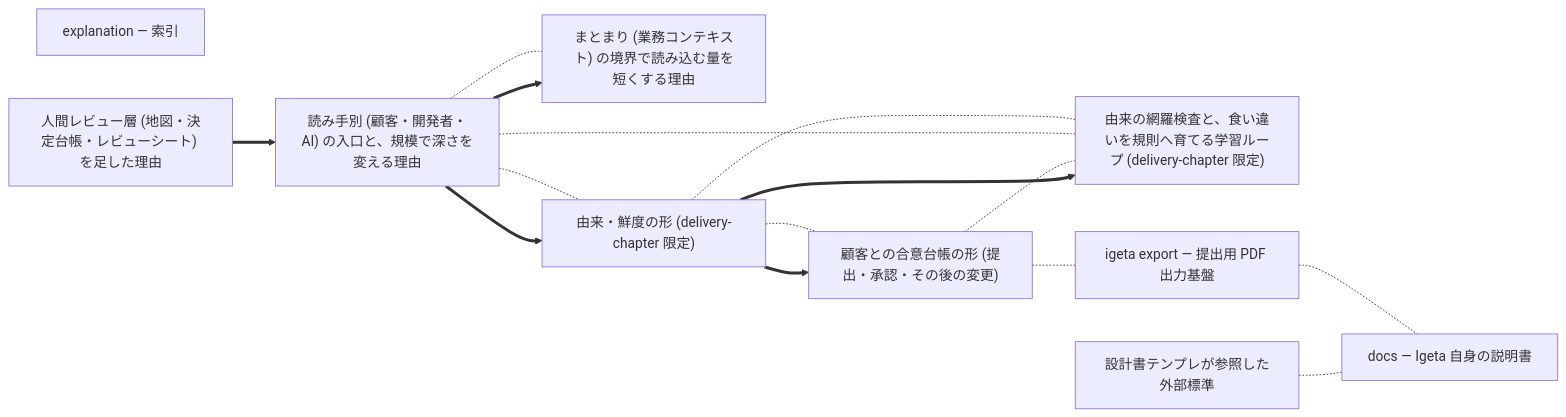
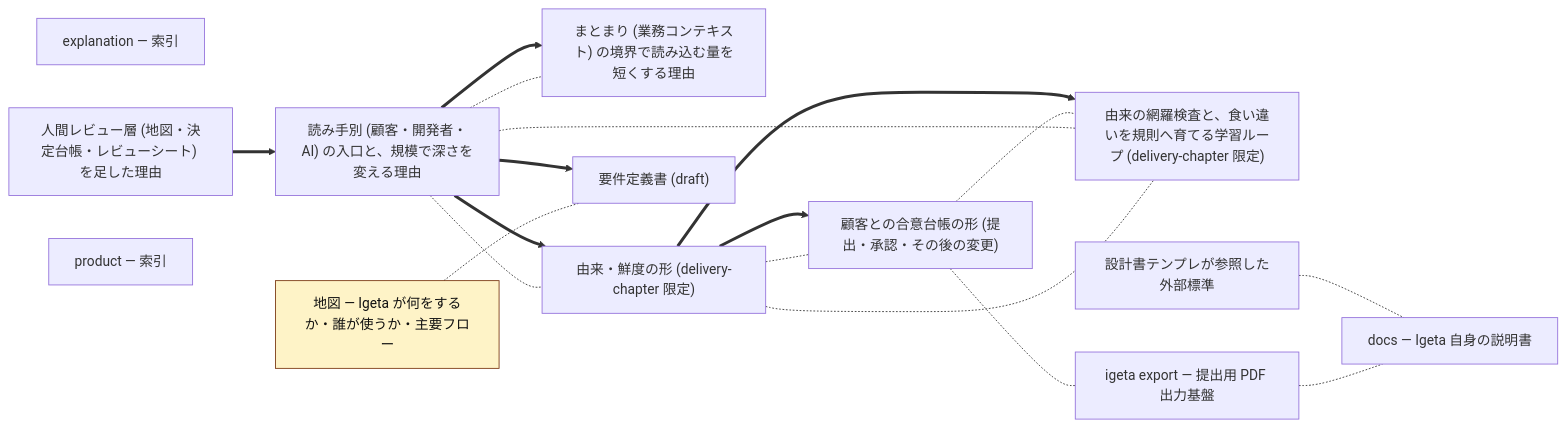
The diagram in docs/dependencies.md (SakakitaniJunya/Igeta), drawn with Mermaid before and after one commit. The commit also changed other lines of this file and 15 other files, not shown here.

````diff
--- a/docs/dependencies.md
+++ b/docs/dependencies.md
@@ -12,48 +12,56 @@
 ```mermaid
 graph LR
   classDef standard fill:#fde68a,stroke:#92400e,color:#111
   classDef architecture fill:#bfdbfe,stroke:#1e3a8a,color:#111
   classDef strategy fill:#fbcfe8,stroke:#9d174d,color:#111
   classDef prd fill:#bbf7d0,stroke:#065f46,color:#111
   classDef business fill:#a7f3d0,stroke:#064e3b,color:#111
   classDef adr fill:#c7d2fe,stroke:#3730a3,color:#111
   classDef runbook fill:#fecaca,stroke:#7f1d1d,color:#111
   classDef guide fill:#e9d5ff,stroke:#581c87,color:#111
   classDef design fill:#ddd6fe,stroke:#6d28d9,color:#111
   classDef map fill:#fef3c7,stroke:#78350f,color:#111
   classDef decision_log fill:#fee2e2,stroke:#7f1d1d,color:#111
   agreement-ledger["顧客との合意台帳の形 (提出・承認・その後の変更)"]
   class agreement-ledger explanation
   audience-layers["読み手別 (顧客・開発者・AI) の入口と、規模で深さを変える理由"]
   class audience-layers explanation
   context-boundaries["まとまり (業務コンテキスト) の境界で読み込む量を短くする理由"]
   class context-boundaries explanation
   coverage-and-learning["由来の網羅検査と、食い違いを規則へ育てる学習ループ (delivery-chapter 限定)"]
   class coverage-and-learning explanation
   design-doc-standards["設計書テンプレが参照した外部標準"]
   class design-doc-standards explanation
   docs-index["docs — Igeta 自身の説明書"]
   class docs-index index
   explanation-index["explanation — 索引"]
   class explanation-index index
   export-deliverable["igeta export — 提出用 PDF 出力基盤"]
   class export-deliverable explanation
   human-review-layer["人間レビュー層 (地図・決定台帳・レビューシート) を足した理由"]
   class human-review-layer explanation
+  map["地図 — Igeta が何をするか・誰が使うか・主要フロー"]
+  class map map
+  product-index["product — 索引"]
+  class product-index index
   provenance-and-agreement["由来・鮮度の形 (delivery-chapter 限定)"]
   class provenance-and-agreement explanation
+  requirements["要件定義書 (draft)"]
+  class requirements product
   provenance-and-agreement ==> agreement-ledger
   human-review-layer ==> audience-layers
   audience-layers ==> context-boundaries
   provenance-and-agreement ==> coverage-and-learning
   audience-layers ==> provenance-and-agreement
+  audience-layers ==> requirements
   agreement-ledger -.- coverage-and-learning
   agreement-ledger -.- export-deliverable
   audience-layers -.- provenance-and-agreement
   audience-layers -.- coverage-and-learning
   audience-layers -.- context-boundaries
   design-doc-standards -.- docs-index
   export-deliverable -.- docs-index
+  map -.- requirements
   provenance-and-agreement -.- coverage-and-learning
   provenance-and-agreement -.- agreement-ledger
 ```
````
